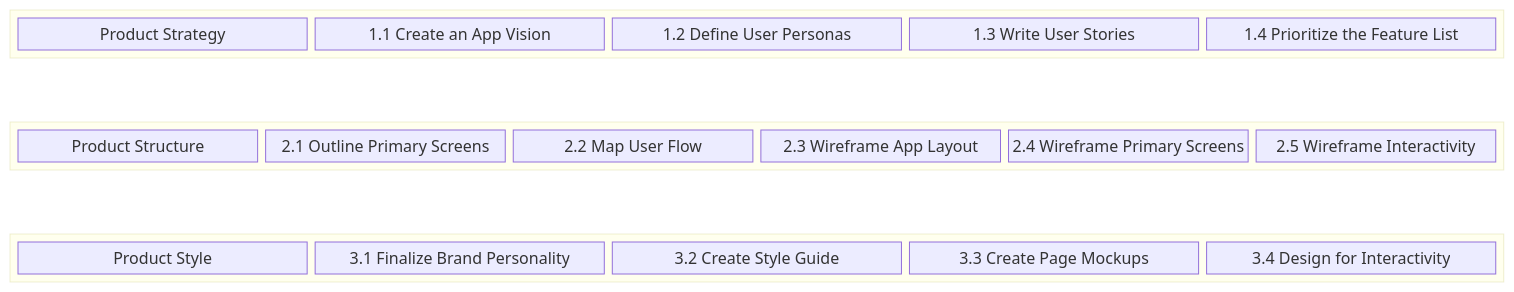
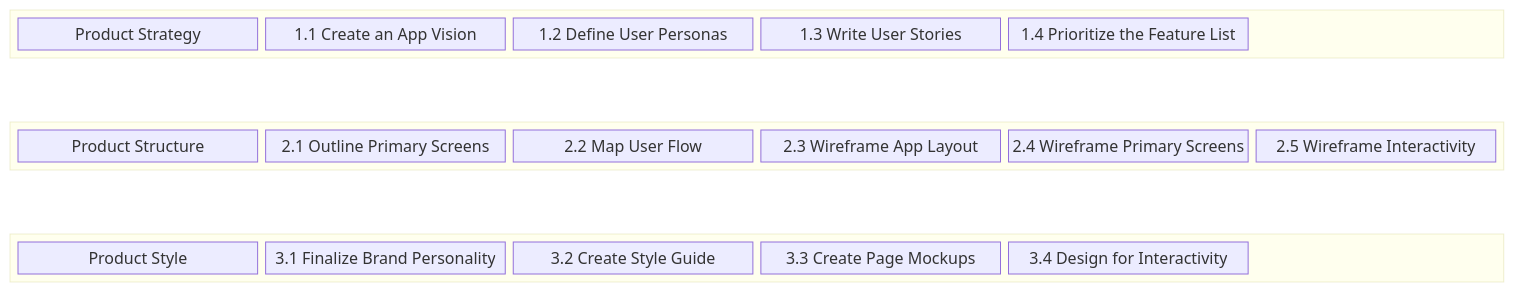
Before and after one commit to chingu-voyages/Handbook: the diagram in docs/resources/techresources/uiux.md, drawn with Mermaid.

Commit message:
Feature: Add UI/UX Workflow diagram

````diff
--- a/docs/resources/techresources/uiux.md
+++ b/docs/resources/techresources/uiux.md
@@ -15,31 +15,33 @@
 ```mermaid
 block-beta
 columns 1
     block:STRATEGY
       columns 6
       A["Product Strategy"]
       B["1.1 Create an App Vision"]
       C["1.2 Define User Personas"]
       D["1.3 Write User Stories"]
       E["1.4 Prioritize the Feature List"]
+      space
     end
     space
     block:STRUCTURE
       columns 6
       G["Product Structure"]
       H["2.1 Outline Primary Screens"]
       I["2.2 Map User Flow"]
       J["2.3 Wireframe App Layout"]
       K["2.4 Wireframe Primary Screens"]
       L["2.5 Wireframe Interactivity"]
     end
     space
     block:STYLE
       columns 6
       M["Product Style"]
       N["3.1 Finalize Brand Personality"]
       O["3.2 Create Style Guide"]
       P["3.3 Create Page Mockups"]
       Q["3.4 Design for Interactivity"]
+      space
     end
 ```
````
